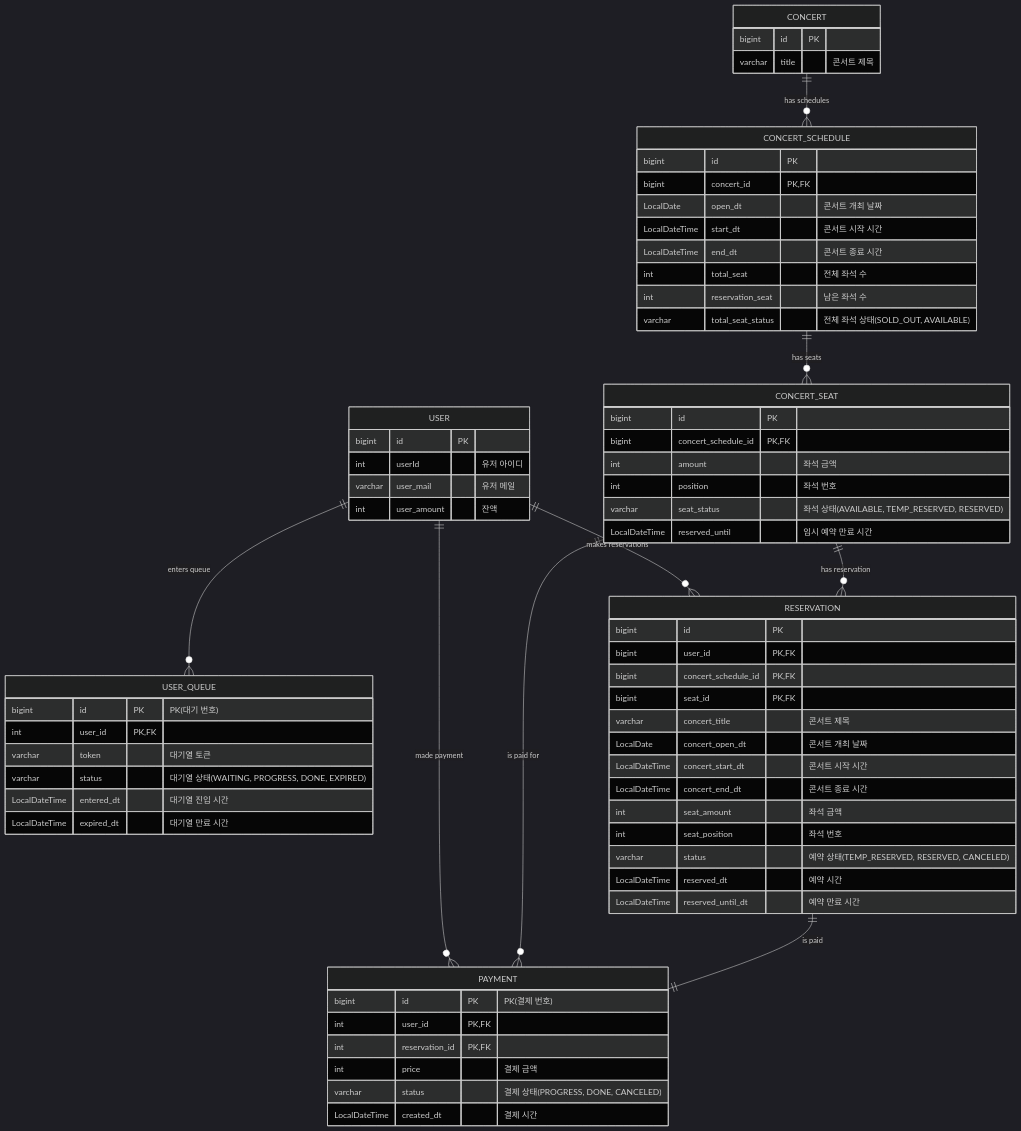
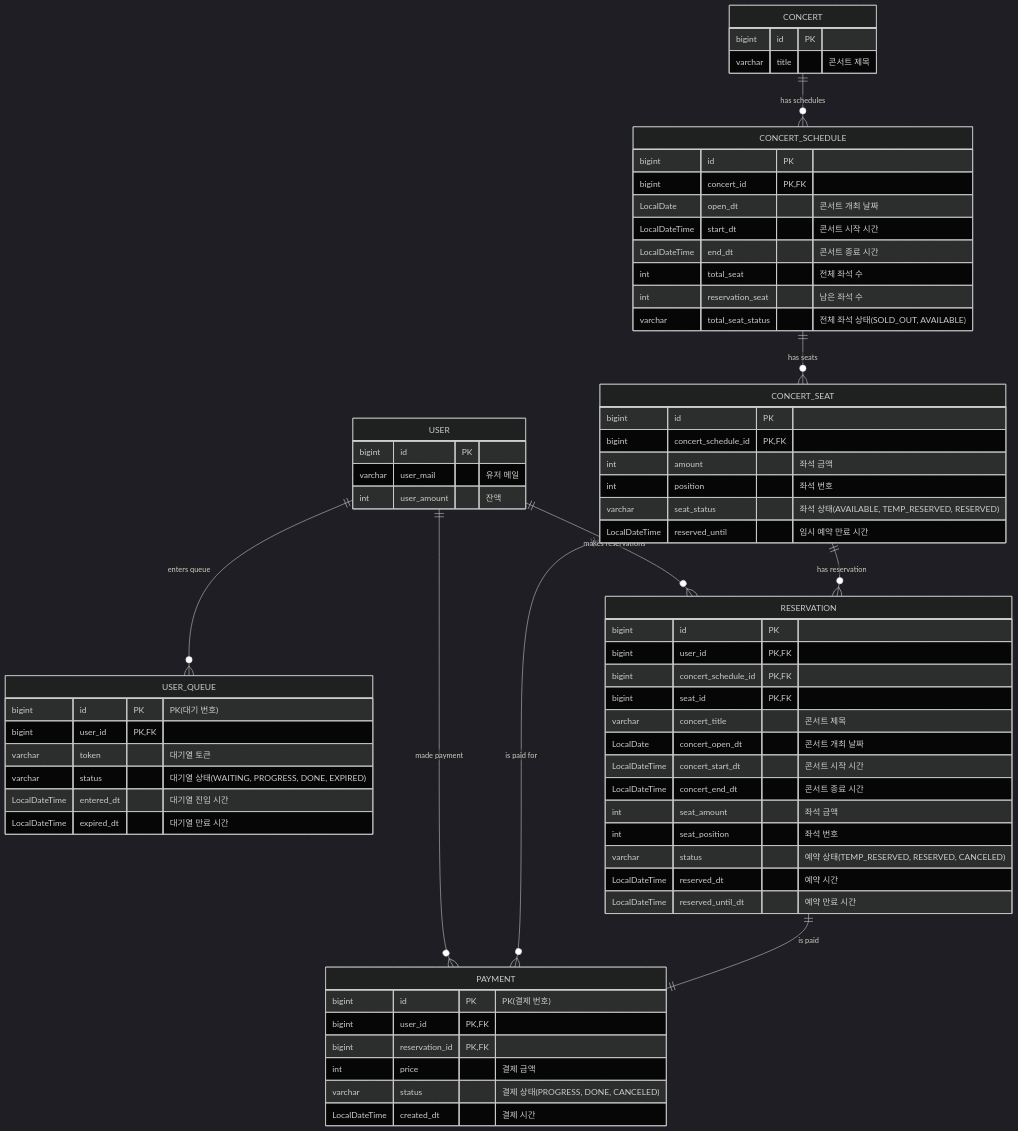
The diagram in docs/erd.md (Cheondongmin/concert-java), drawn with Mermaid (dark theme) before and after one commit.

Commit message:
fix: erd 자료형 수정

````diff
--- a/docs/erd.md
+++ b/docs/erd.md
@@ -4,77 +4,76 @@
 ```mermaid
 erDiagram
     USER {
         bigint id PK
-        int userId "유저 아이디"
         varchar user_mail "유저 메일"
         int user_amount "잔액"
     }
 
     USER_QUEUE {
         bigint id PK "PK(대기 번호)"
-        int user_id PK, FK
+        bigint user_id PK, FK
         varchar token "대기열 토큰"
         varchar status "대기열 상태(WAITING, PROGRESS, DONE, EXPIRED)"
         LocalDateTime entered_dt "대기열 진입 시간"
         LocalDateTime expired_dt "대기열 만료 시간"
     }
 
     PAYMENT {
         bigint id PK "PK(결제 번호)"
-        int user_id PK, FK
-        int reservation_id PK, FK
+        bigint user_id PK, FK
+        bigint reservation_id PK, FK
         int price "결제 금액"
         varchar status "결제 상태(PROGRESS, DONE, CANCELED)"
         LocalDateTime created_dt "결제 시간"
     }
 
     CONCERT {
         bigint id PK
         varchar title "콘서트 제목"
     }
 
     CONCERT_SCHEDULE {
         bigint id PK
         bigint concert_id PK, FK
         LocalDate open_dt "콘서트 개최 날짜"
         LocalDateTime start_dt "콘서트 시작 시간"
         LocalDateTime end_dt "콘서트 종료 시간"
         int total_seat "전체 좌석 수"
         int reservation_seat "남은 좌석 수"
         varchar total_seat_status "전체 좌석 상태(SOLD_OUT, AVAILABLE)"
     }
 
     CONCERT_SEAT {
         bigint id PK
         bigint concert_schedule_id PK, FK
         int amount "좌석 금액"
         int position "좌석 번호"
         varchar seat_status "좌석 상태(AVAILABLE, TEMP_RESERVED, RESERVED)"
         LocalDateTime reserved_until "임시 예약 만료 시간"
     }
 
     RESERVATION {
         bigint id PK
         bigint user_id PK, FK
         bigint concert_schedule_id PK, FK
         bigint seat_id PK, FK
         varchar concert_title "콘서트 제목"
         LocalDate concert_open_dt "콘서트 개최 날짜"
         LocalDateTime concert_start_dt "콘서트 시작 시간"
         LocalDateTime concert_end_dt "콘서트 종료 시간"
         int seat_amount "좌석 금액"
         int seat_position "좌석 번호"
         varchar status "예약 상태(TEMP_RESERVED, RESERVED, CANCELED)"
         LocalDateTime reserved_dt "예약 시간"
         LocalDateTime reserved_until_dt "예약 만료 시간"
     }
 
     CONCERT ||--o{ CONCERT_SCHEDULE: "has schedules"
     CONCERT_SCHEDULE ||--o{ CONCERT_SEAT: "has seats"
     USER ||--o{ USER_QUEUE: "enters queue"
     USER ||--o{ PAYMENT: "made payment"
     CONCERT_SEAT ||--o{ PAYMENT: "is paid for"
     RESERVATION ||--|| PAYMENT: "is paid"
     USER ||--o{ RESERVATION: "makes reservations"
     CONCERT_SEAT ||--o{ RESERVATION: "has reservation"
 ```
````
